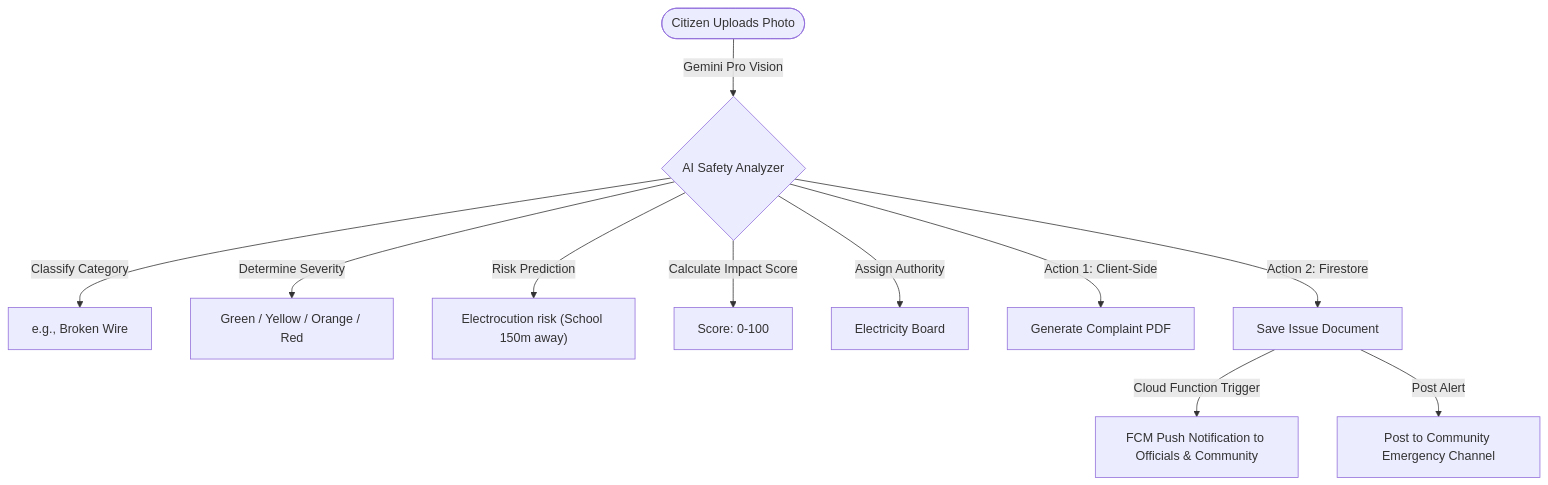
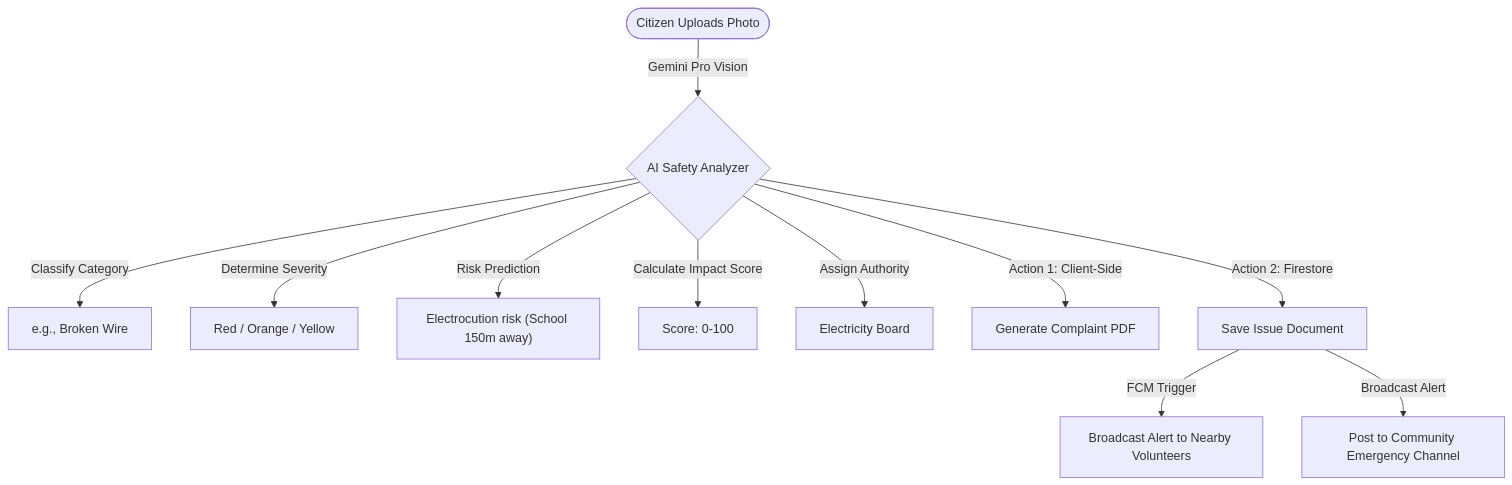
The first of 2 diagrams in README.md (Jayanti29/VANGUARD), drawn with Mermaid before and after one commit. The commit also changed other lines of this file, not shown here.

````diff
--- a/README.md
+++ b/README.md
@@ -26,14 +114,14 @@
 ```mermaid
 flowchart TD
     Citizen([Citizen Uploads Photo]) -->|Gemini Pro Vision| AI_Agent{AI Safety Analyzer}
     AI_Agent -->|Classify Category| Cat[e.g., Broken Wire]
-    AI_Agent -->|Determine Severity| Sev[Green / Yellow / Orange / Red]
+    AI_Agent -->|Determine Severity| Sev[Red / Orange / Yellow]
     AI_Agent -->|Risk Prediction| Risk["Electrocution risk (School 150m away)"]
     AI_Agent -->|Calculate Impact Score| Score[Score: 0-100]
     AI_Agent -->|Assign Authority| Auth[Electricity Board]
     
     AI_Agent -->|Action 1: Client-Side| PDF[Generate Complaint PDF]
     AI_Agent -->|Action 2: Firestore| Store[Save Issue Document]
-    Store -->|Cloud Function Trigger| FCM[FCM Push Notification to Officials & Community]
-    Store -->|Post Alert| Chat[Post to Community Emergency Channel]
+    Store -->|FCM Trigger| FCM[Broadcast Alert to Nearby Volunteers]
+    Store -->|Broadcast Alert| Chat[Post to Community Emergency Channel]
 ```
````
